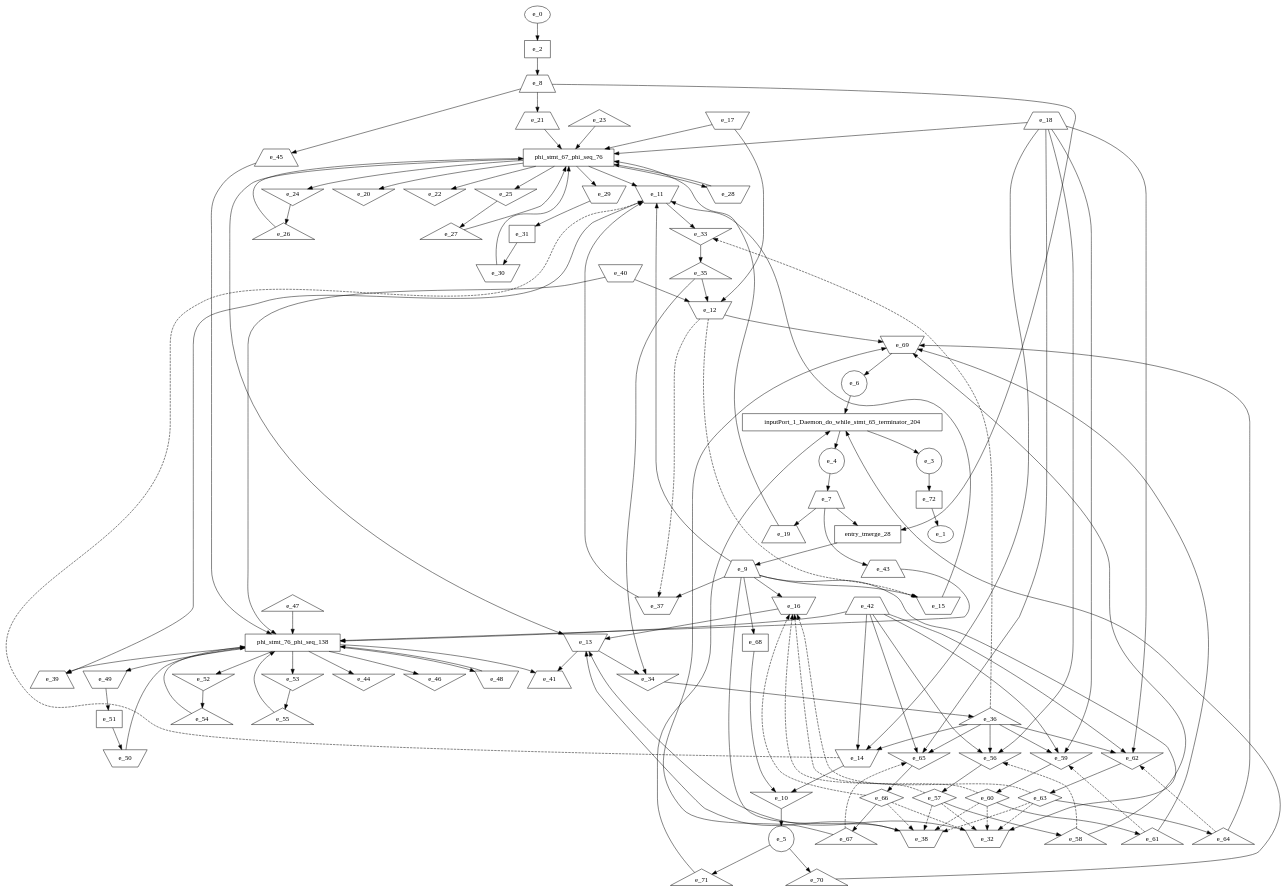
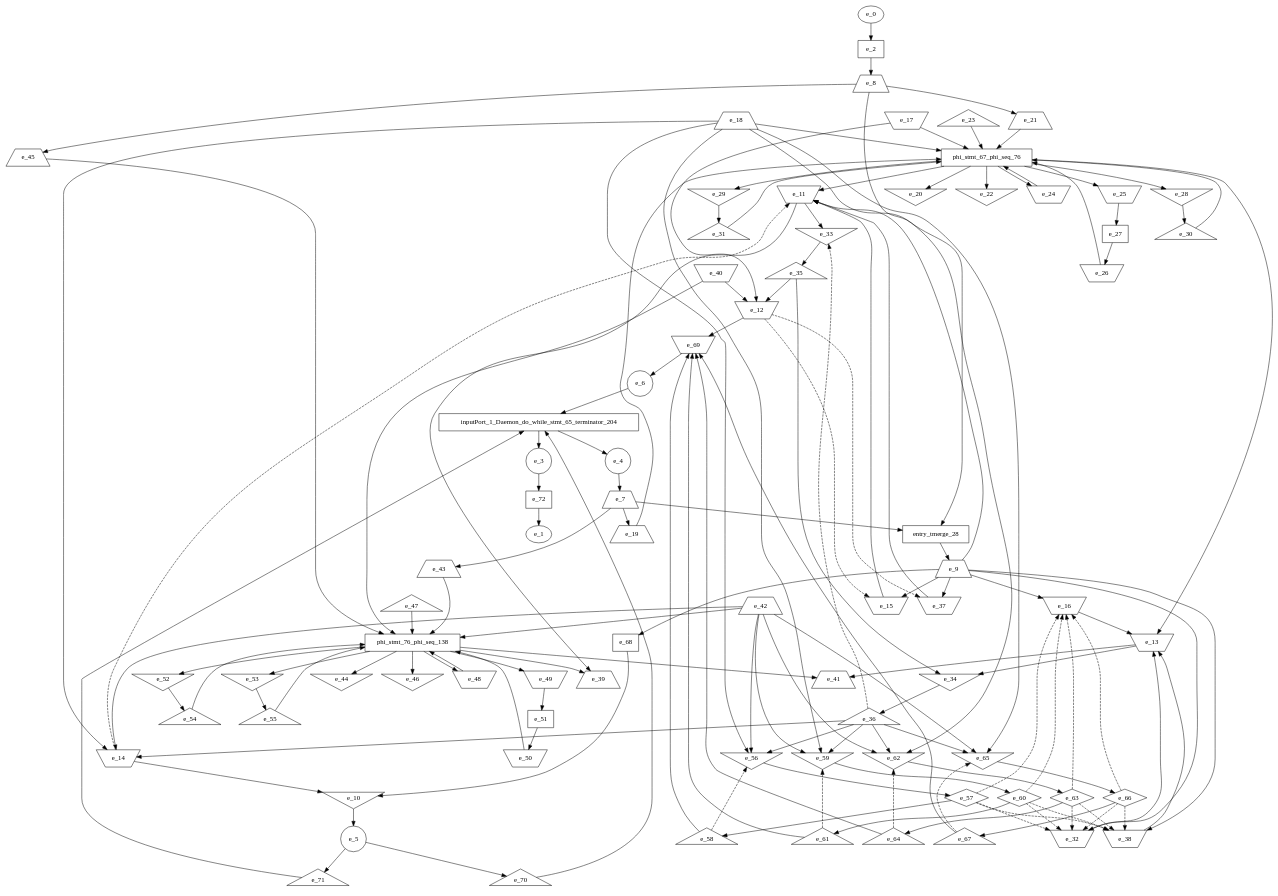
One commit to Anubhav2017/4x4_switch changed the diagram in hw/inputPort_1_Daemon_CP.dot. Above: the diagram before and after it, drawn with Graphviz. The commit also changed 39 other files, not shown here.

```diff
--- a/hw/inputPort_1_Daemon_CP.dot
+++ b/hw/inputPort_1_Daemon_CP.dot
@@ -23,14 +23,14 @@
   e_21 [shape = trapezium];
   e_22 [shape = invtriangle];
   e_23 [shape = triangle];
-  e_24 [shape = invtriangle];
-  e_25 [shape = invtriangle];
-  e_26 [shape = triangle];
-  e_27 [shape = triangle];
-  e_28 [shape = invtrapezium];
-  e_29 [shape = invtrapezium];
-  e_30 [shape = invtrapezium];
-  e_31 [shape = dot];
+  e_24 [shape = invtrapezium];
+  e_25 [shape = invtrapezium];
+  e_26 [shape = invtrapezium];
+  e_27 [shape = dot];
+  e_28 [shape = invtriangle];
+  e_29 [shape = invtriangle];
+  e_30 [shape = triangle];
+  e_31 [shape = triangle];
   e_32 [shape = invtrapezium];
   e_33 [shape = invtriangle];
   e_34 [shape = invtriangle];
@@ -102,9 +102,9 @@
   e_66 -> e_16[style = dashed];
   e_7 -> e_19;
   e_8 -> e_21;
-  e_24 -> e_26;
+  e_27 -> e_26;
   e_25 -> e_27;
-  e_31 -> e_30;
+  e_28 -> e_30;
   e_29 -> e_31;
   e_9 -> e_32;
   e_57 -> e_32[style = dashed];
@@ -172,18 +172,18 @@
 inputPort_1_Daemon_do_while_stmt_65_terminator_204 -> e_4;
 inputPort_1_Daemon_do_while_stmt_65_terminator_204 -> e_3;
   phi_stmt_67_phi_seq_76 [shape=rectangle];
-e_19 -> phi_stmt_67_phi_seq_76;
+e_21 -> phi_stmt_67_phi_seq_76;
 phi_stmt_67_phi_seq_76 -> e_24;
 phi_stmt_67_phi_seq_76 -> e_25;
-phi_stmt_67_phi_seq_76 -> e_20;
+phi_stmt_67_phi_seq_76 -> e_22;
+e_24 -> phi_stmt_67_phi_seq_76;
 e_26 -> phi_stmt_67_phi_seq_76;
-e_27 -> phi_stmt_67_phi_seq_76;
-e_21 -> phi_stmt_67_phi_seq_76;
+e_19 -> phi_stmt_67_phi_seq_76;
 phi_stmt_67_phi_seq_76 -> e_28;
 phi_stmt_67_phi_seq_76 -> e_29;
-phi_stmt_67_phi_seq_76 -> e_22;
-e_28 -> phi_stmt_67_phi_seq_76;
+phi_stmt_67_phi_seq_76 -> e_20;
 e_30 -> phi_stmt_67_phi_seq_76;
+e_31 -> phi_stmt_67_phi_seq_76;
 e_17 -> phi_stmt_67_phi_seq_76;
 e_18 -> phi_stmt_67_phi_seq_76;
 phi_stmt_67_phi_seq_76 -> e_11;
```
